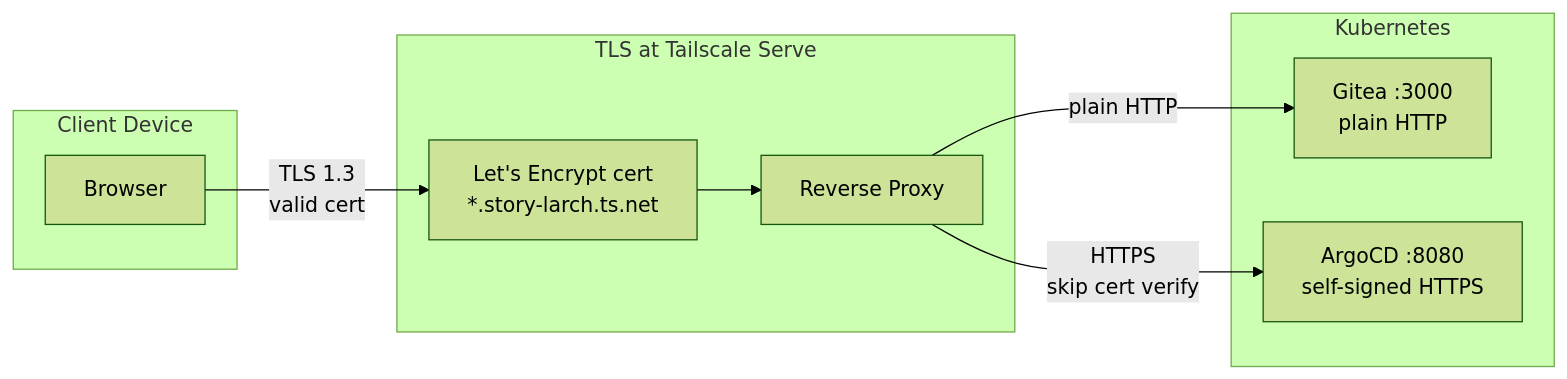
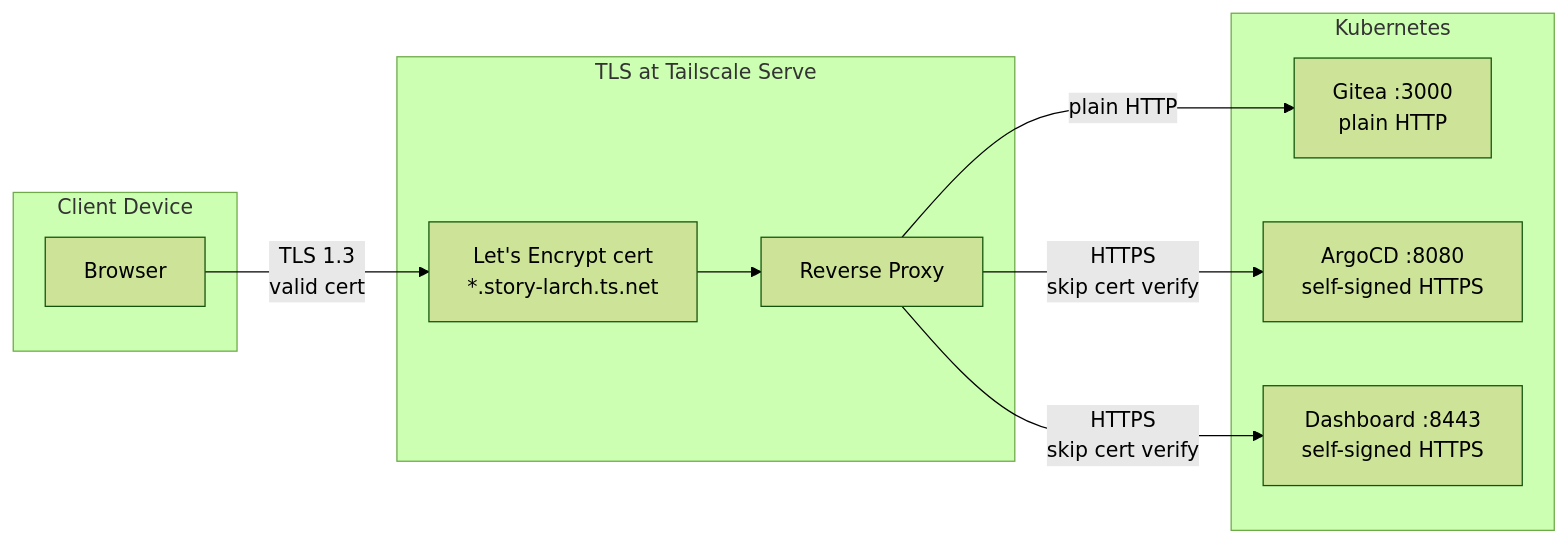
The third of 4 diagrams in docs/networking.md (haingth77/homelab), drawn with Mermaid (forest theme) before and after one commit. The commit also changed other lines of this file and 3 other files, not shown here.

````diff
--- a/docs/networking.md
+++ b/docs/networking.md
@@ -150,21 +160,23 @@
 ```mermaid
 flowchart LR
     subgraph client["Client Device"]
         Browser["Browser"]
     end
 
     subgraph tls["TLS at Tailscale Serve"]
         Cert["Let's Encrypt cert\n*.story-larch.ts.net"]
         Proxy["Reverse Proxy"]
     end
 
     subgraph k8s["Kubernetes"]
         Gitea["Gitea :3000\nplain HTTP"]
         ArgoCD["ArgoCD :8080\nself-signed HTTPS"]
+        Dashboard["Dashboard :8443\nself-signed HTTPS"]
     end
 
     Browser -- "TLS 1.3\nvalid cert" --> Cert
     Cert --> Proxy
     Proxy -- "plain HTTP" --> Gitea
     Proxy -- "HTTPS\nskip cert verify" --> ArgoCD
+    Proxy -- "HTTPS\nskip cert verify" --> Dashboard
 ```
````
